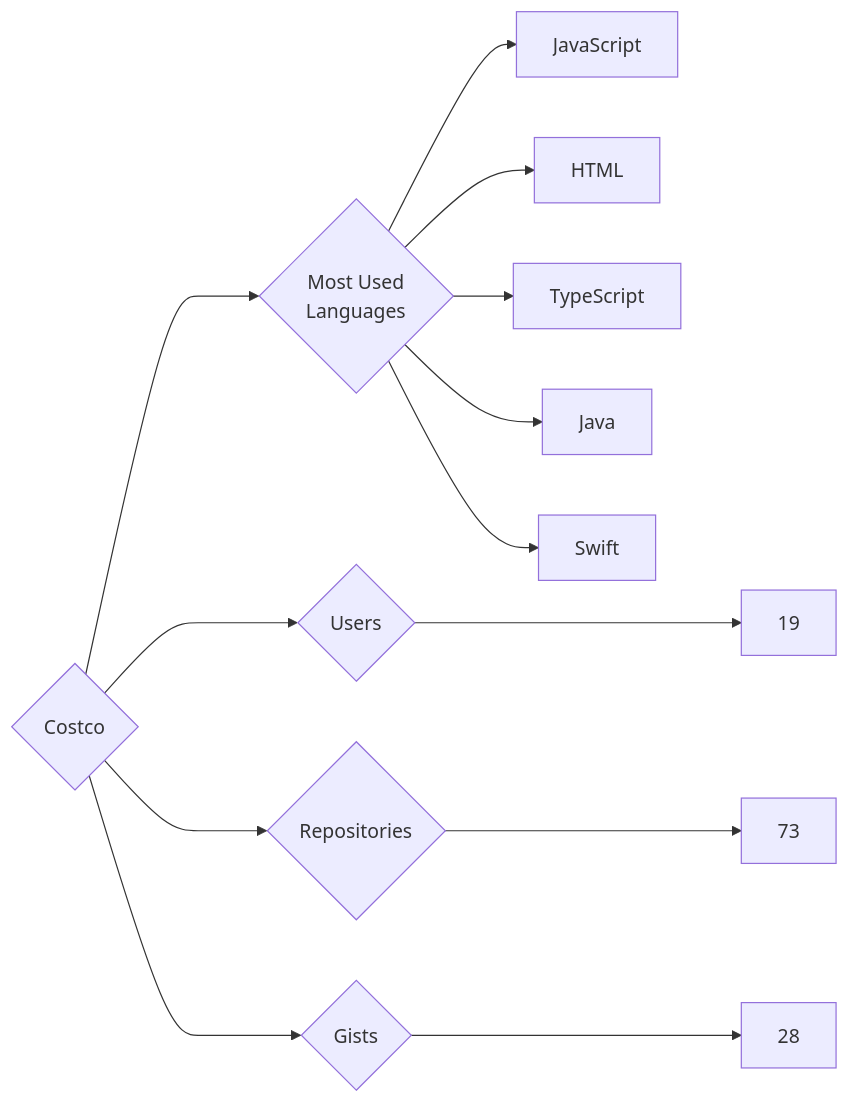
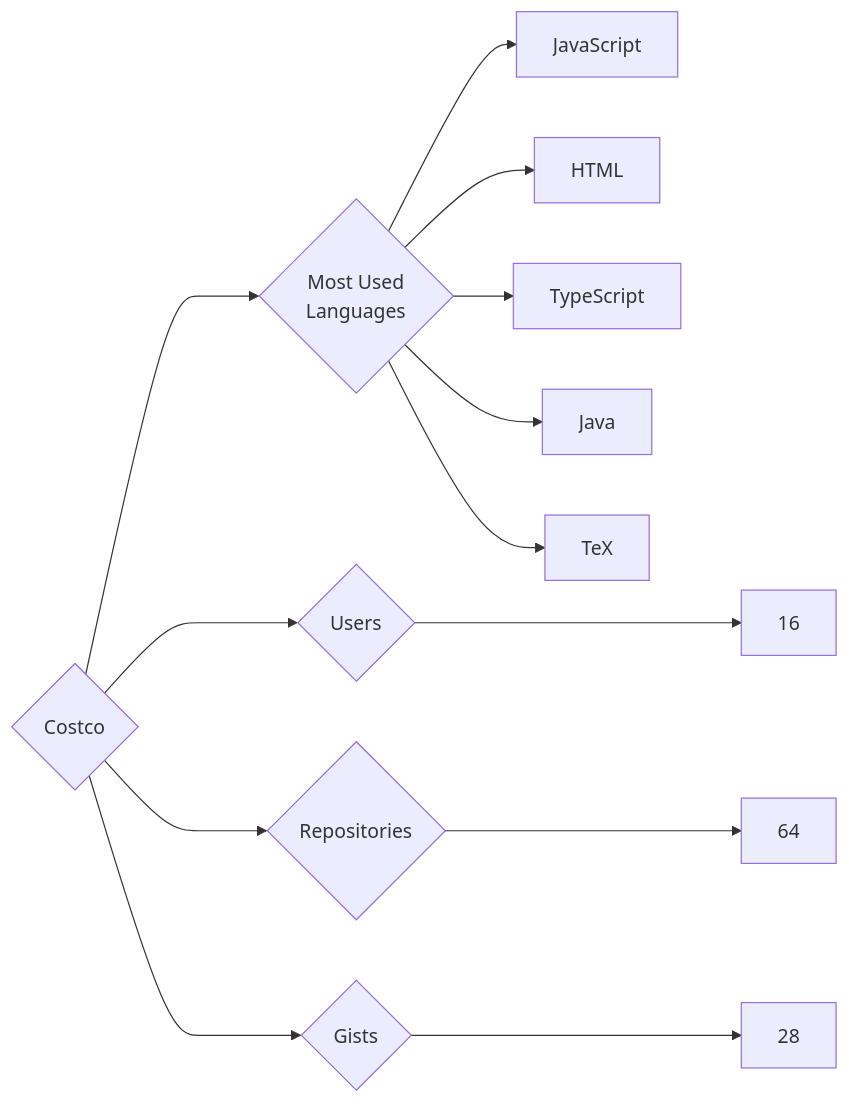
The diagram in targets/Costco/README.md (trickest/insiders), drawn with Mermaid before and after one commit. The commit also changed 757 other files, not shown here.

````diff
--- a/targets/Costco/README.md
+++ b/targets/Costco/README.md
@@ -3,13 +3,13 @@
 ```mermaid
 graph LR
 COMPANY_NAME{Costco}
-COMPANY_NAME ---> U{Users} ---> UN[19]
-COMPANY_NAME ---> R{Repositories} ---> RN[73]
+COMPANY_NAME ---> U{Users} ---> UN[16]
+COMPANY_NAME ---> R{Repositories} ---> RN[64]
 COMPANY_NAME ---> G{Gists} ---> GN[28]
 COMPANY_NAME ---> ML{Most Used<br>Languages}
 ML --> JavaScript[JavaScript]
 ML --> HTML[HTML]
 ML --> TypeScript[TypeScript]
 ML --> Java[Java]
-ML --> Swift[Swift]
+ML --> TeX[TeX]
 ```
````
